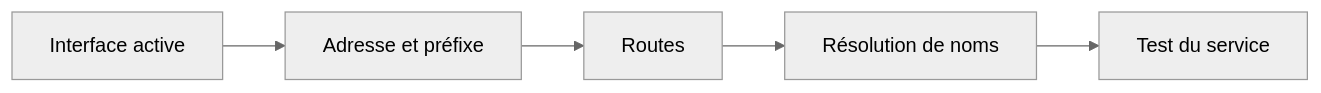
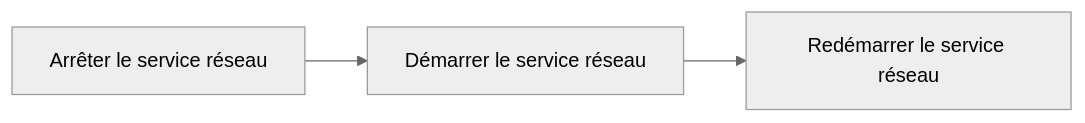
The fourth of 5 diagrams in docs/modules/05-administration-debian-gnu-linux/module-05-gestion-du-reseau.md (sk34pk25/tssr-cours), drawn with Mermaid (neutral theme) before and after one commit. The commit also changed other lines of this file and 11 other files, not shown here.

````diff
--- a/docs/modules/05-administration-debian-gnu-linux/module-05-gestion-du-reseau.md
+++ b/docs/modules/05-administration-debian-gnu-linux/module-05-gestion-du-reseau.md
@@ -107,4 +259,8 @@
 ```mermaid
 flowchart LR
- I["Interface active"] --> A["Adresse et préfixe"] --> R["Routes"] --> D["Résolution de noms"] --> T["Test du service"]
+    N1["Arrêter le service réseau"]
+    N2["Démarrer le service réseau"]
+    N3["Redémarrer le service réseau"]
+    N1 --> N2
+    N2 --> N3
 ```
````
